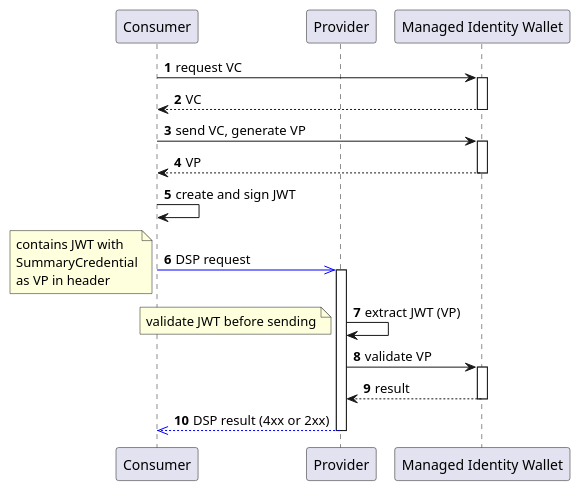
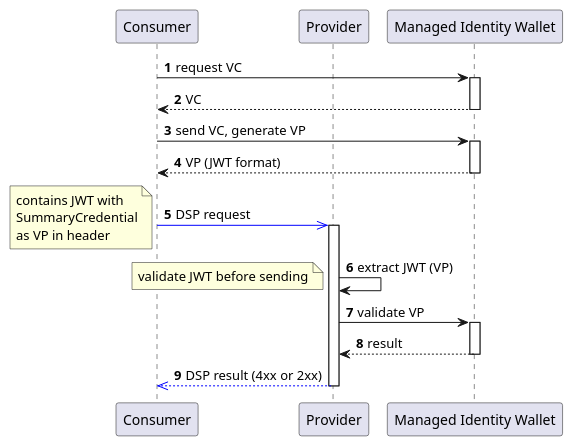
Before and after one commit to eclipse-tractusx/ssi-docu: the diagram in docs/architecture/cx-3-2/flow.puml, drawn with PlantUML. The commit also changed 1 other file, not shown here.

Commit message:
chore(flow): updates flow in cx-3-2 architecture (#17)

```diff
--- a/docs/architecture/cx-3-2/flow.puml
+++ b/docs/architecture/cx-3-2/flow.puml
@@ -1,25 +1,23 @@
 @startuml
 participant Consumer as cons
 participant Provider as prov
 participant "Managed Identity Wallet" as miw
 
 autonumber
 
 cons -> miw++: request VC
 return VC
 cons -> miw++: send VC, generate VP
-return VP
-
-cons -> cons : create and sign JWT
+return VP (JWT format)
 
 cons -[#blue]>> prov ++: DSP request
 note left: contains JWT with\nSummaryCredential\nas VP in header
 
 prov -> prov: extract JWT (VP) 
 note left: validate JWT before sending
 prov -> miw ++ : validate VP
 return result
 
 return DSP result (4xx or 2xx)
 
 @enduml
```
